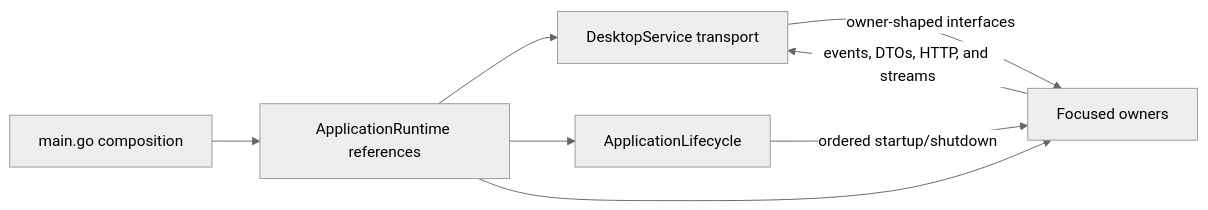
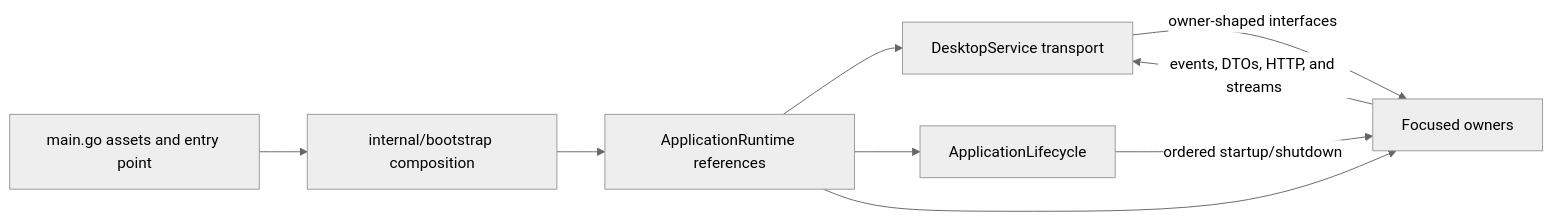
Before and after one commit to carlosqsilva/luxury-yacht: the diagram in docs/architecture/backend-services.md, drawn with Mermaid (neutral theme). The commit also changed other lines of this file and 37 other files, not shown here.

````diff
--- a/docs/architecture/backend-services.md
+++ b/docs/architecture/backend-services.md
@@ -49,10 +49,11 @@
 ```mermaid
 flowchart LR
-    Main["main.go composition"] --> Runtime["ApplicationRuntime references"]
+    Main["main.go assets and entry point"] --> Bootstrap["internal/bootstrap composition"]
+    Bootstrap --> Runtime["ApplicationRuntime references"]
     Runtime --> Transport["DesktopService transport"]
     Runtime --> Lifecycle["ApplicationLifecycle"]
     Runtime --> Owners["Focused owners"]
     Transport -->|"owner-shaped interfaces"| Owners
     Lifecycle -->|"ordered startup/shutdown"| Owners
     Owners -->|"events, DTOs, HTTP, and streams"| Transport
 ```
````
